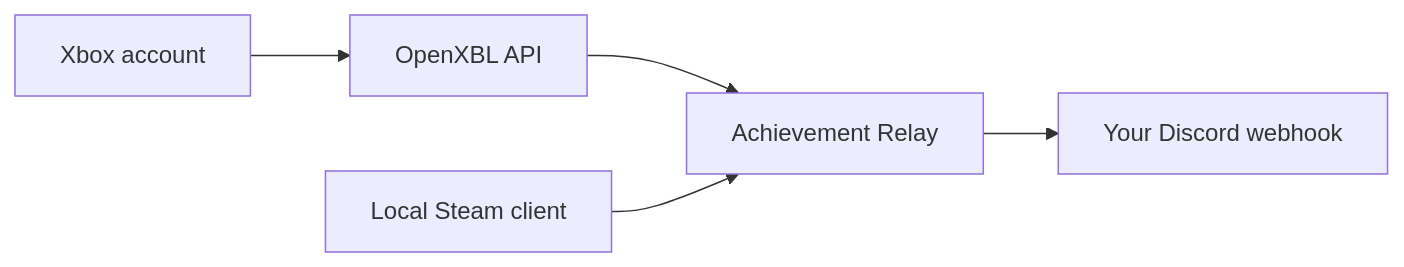
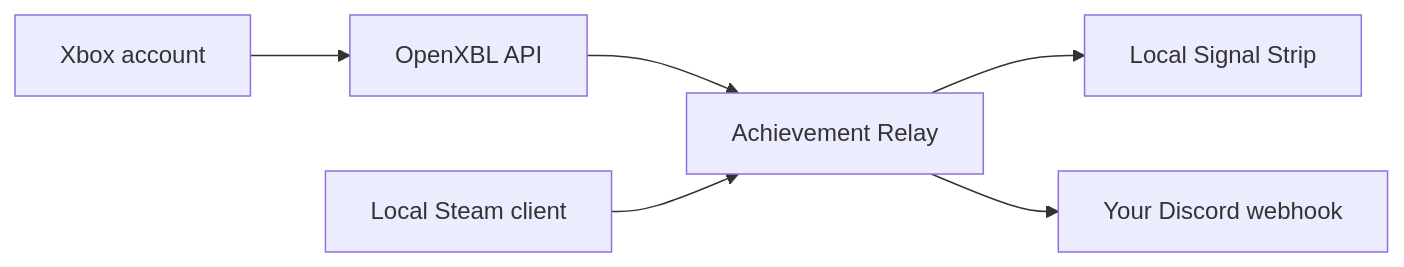
Before and after one commit to Conroy1988/Achievement-Relay: the diagram in README.md, drawn with Mermaid. The commit also changed other lines of this file and 43 other files, not shown here.

First line of the commit message:
feat: prepare v0.6.0 Signal Strip and Collector Card showcase (#9)

````diff
--- a/README.md
+++ b/README.md
@@ -78,7 +89,8 @@
 ```mermaid
 flowchart LR
     X["Xbox account"] --> O["OpenXBL API"]
     O --> R["Achievement Relay"]
     S["Local Steam client"] --> R
+    R --> V["Local Signal Strip"]
     R --> D["Your Discord webhook"]
 ```
````
